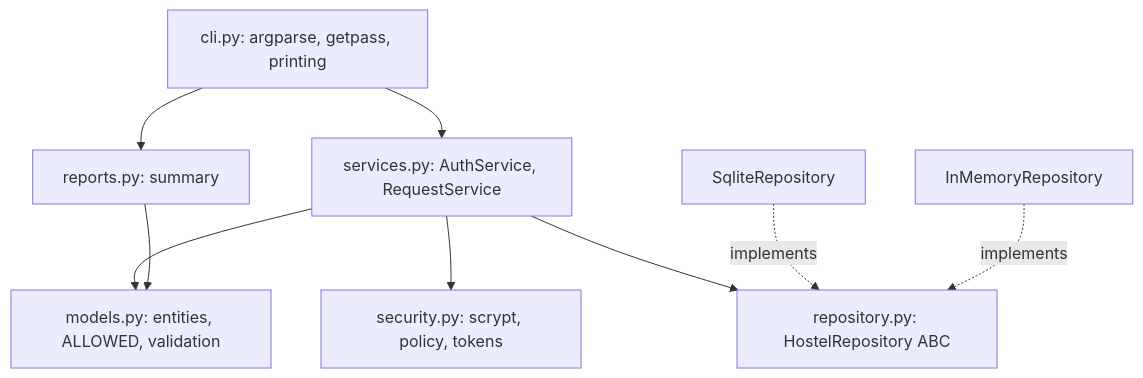
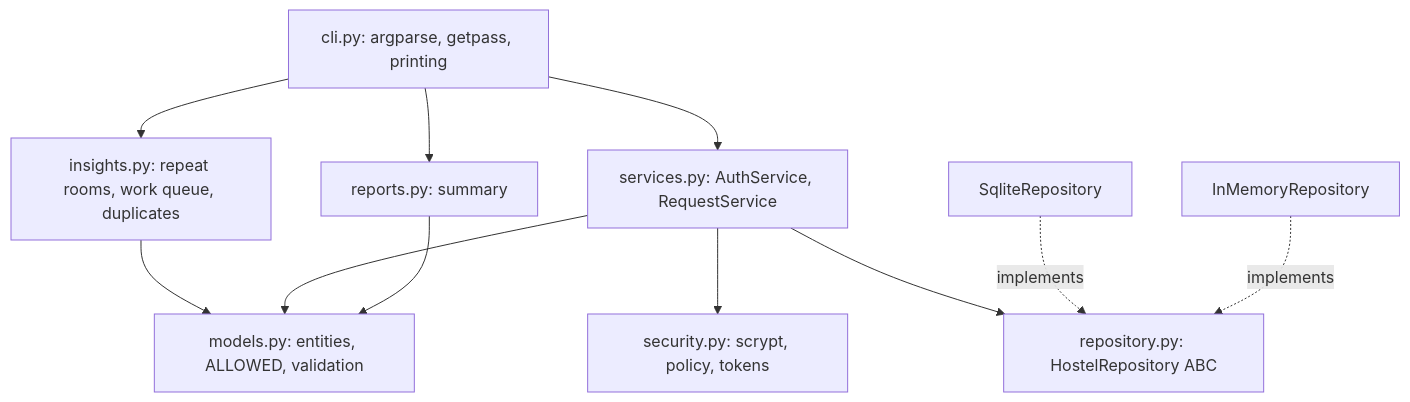
The first of 4 diagrams in 10 - Projects and Practical Labs/Python Projects/PRJ-PY-05 Hostel Maintenance System/PRJ-PY-05 Hostel Maintenance System.md (BM4321/level-61), drawn with Mermaid before and after one commit. The commit also changed other lines of this file and 17 other files, not shown here.

First line of the commit message:
Cross-module layer: X-CASE-01 results portal, X-CASE-02 inventory rollout, capstone, index; hostel 1.1.0 insights (repeat rooms, work queue, duplicates)

````diff
--- a/10 - Projects and Practical Labs/Python Projects/PRJ-PY-05 Hostel Maintenance System/PRJ-PY-05 Hostel Maintenance System.md
+++ b/10 - Projects and Practical Labs/Python Projects/PRJ-PY-05 Hostel Maintenance System/PRJ-PY-05 Hostel Maintenance System.md
@@ -61,11 +62,13 @@
 ```mermaid
 flowchart TD
     CLI[cli.py: argparse, getpass, printing] --> SVC[services.py: AuthService, RequestService]
     CLI --> REP[reports.py: summary]
+    CLI --> INS[insights.py: repeat rooms, work queue, duplicates]
+    INS --> M
     SVC --> M[models.py: entities, ALLOWED, validation]
     SVC --> SEC[security.py: scrypt, policy, tokens]
     SVC --> IFACE[repository.py: HostelRepository ABC]
     SQL[SqliteRepository] -.implements.-> IFACE
     MEM[InMemoryRepository] -.implements.-> IFACE
     REP --> M
 ```
````
